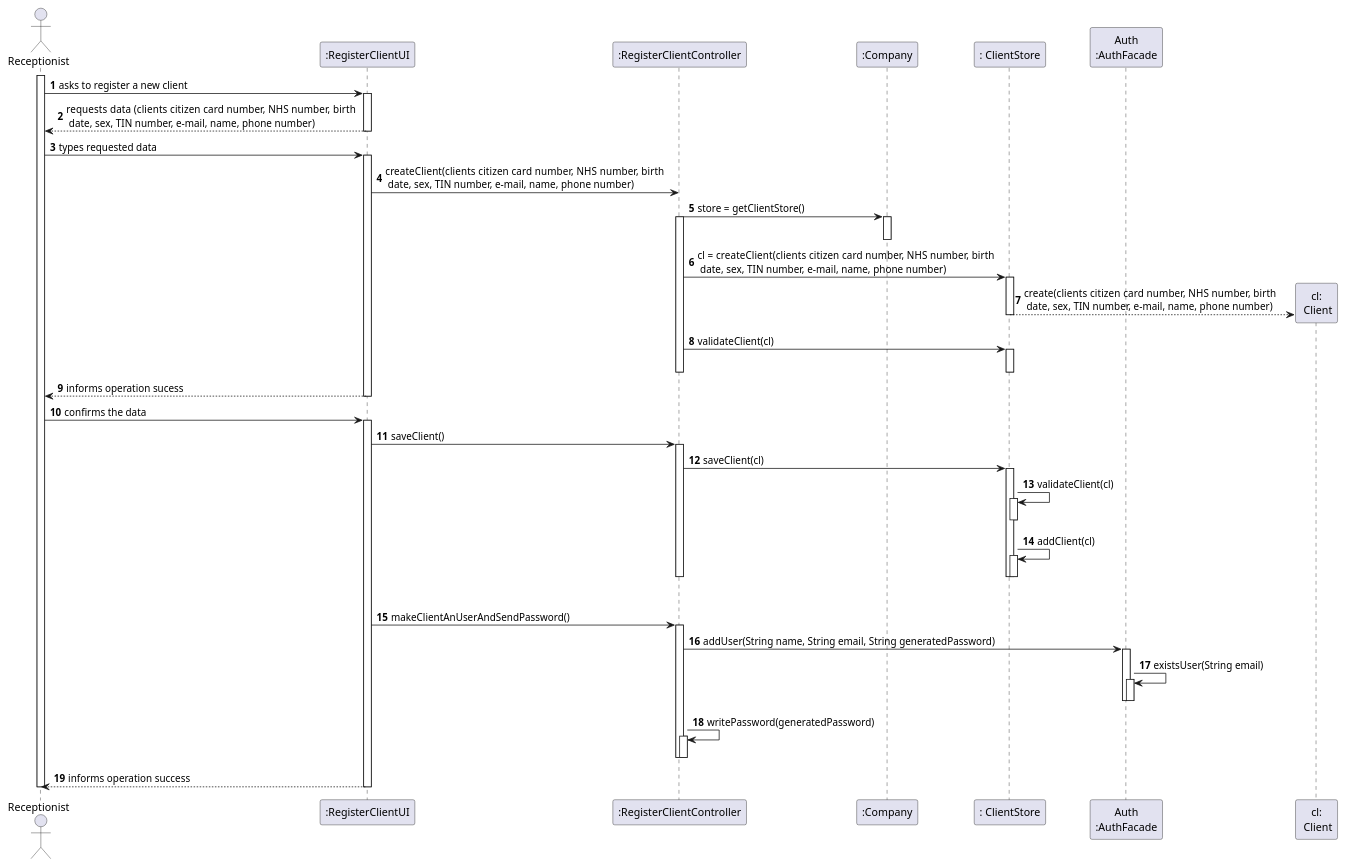
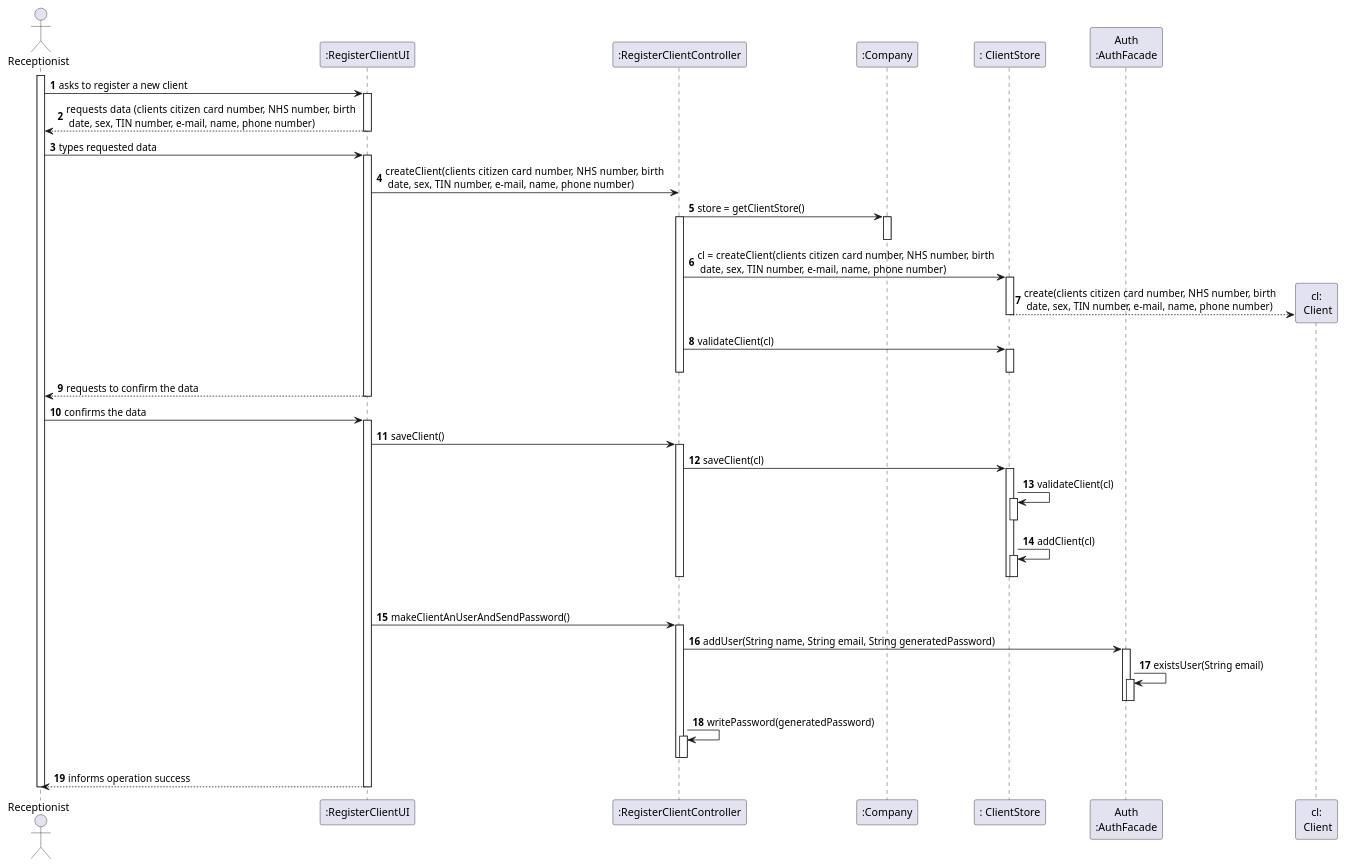
Before and after one commit to ana-albergaria/LAPR2-ISEP: the diagram in docs/SprintB/US_3/US3_SD.puml, drawn with PlantUML. The commit also changed 1 other file, not shown here.

```diff
--- a/docs/SprintB/US_3/US3_SD.puml
+++ b/docs/SprintB/US_3/US3_SD.puml
@@ -1,98 +1,98 @@
 @startuml
 autonumber
 'hide footbox
 actor "Receptionist" as RC
 
 participant ":RegisterClientUI" as UI
 participant ":RegisterClientController" as CTRL
 participant ":Company" as CP
 participant ": ClientStore" as CS
 participant "Auth\n:AuthFacade" as SESSAO
 participant "cl:\n Client" as CL
 
 
 activate RC
 RC -> UI : asks to register a new client
 activate UI
 UI --> RC : requests data (clients citizen card number, NHS number,  birth \n date, sex, TIN number, e-mail, name, phone number)
 deactivate UI
 
 RC -> UI : types requested data
 activate UI
 
 UI -> CTRL : createClient(clients citizen card number, NHS number,  birth \n date, sex, TIN number, e-mail, name, phone number)
 
 CTRL -> CP : store = getClientStore()
 activate CP
 deactivate CP
 activate CTRL
 CTRL -> CS : cl = createClient(clients citizen card number, NHS number,  birth \n date, sex, TIN number, e-mail, name, phone number)
 activate CS
 CS -->  CL** : create(clients citizen card number, NHS number,  birth \n date, sex, TIN number, e-mail, name, phone number)
 deactivate CS
 
 CTRL -> CS : validateClient(cl)
 activate CS
 
 deactivate CS
 deactivate CTRL
 
-UI --> RC : informs operation sucess
+UI --> RC : requests to confirm the data
 deactivate CS
 deactivate UI
 
 RC -> UI : confirms the data
 activate UI
 
 UI -> CTRL : saveClient()
 activate CTRL
 
 CTRL -> CS : saveClient(cl)
 activate CS
 CS -> CS : validateClient(cl)
 activate CS
 deactivate CS
 CS -> CS : addClient(cl)
 activate CS
 deactivate CS
 |||
 deactivate CS
 deactivate CTRL
 UI -> CTRL : makeClientAnUserAndSendPassword()
 activate CTRL
 
 CTRL -> SESSAO : addUser(String name, String email, String generatedPassword)
 activate SESSAO
 SESSAO -> SESSAO : existsUser(String email)
 activate SESSAO
 deactivate SESSAO
 deactivate SESSAO
 
 CTRL -> CTRL : writePassword(generatedPassword)
 activate CTRL
 deactivate CTRL
 deactivate CTRL
 
 
 
 
 
 
 
 
 
 
 UI --> RC: informs operation success
 
 deactivate CP
 deactivate CTRL
 deactivate UI
 
 
 
 deactivate CTRL
 deactivate UI
 
 deactivate RC
 
 @enduml
```
